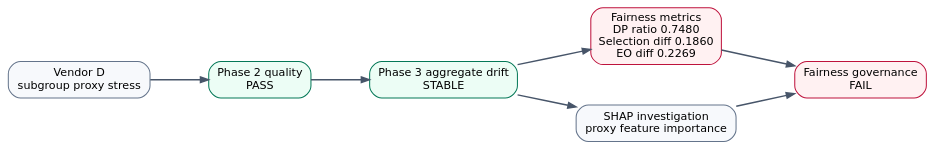
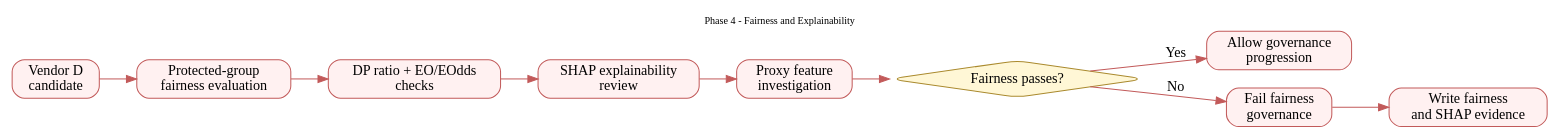
One commit to Parmodk2310/CreditScorev4-ML-Governance changed the diagram in docs/assets/diagrams/phase4-fairness-explainability.dot. Above: the diagram before and after it, drawn with Graphviz. The commit also changed 50 other files, not shown here.

Commit message:
docs: integrate complete Phase 1-13 architecture

```diff
--- a/docs/assets/diagrams/phase4-fairness-explainability.dot
+++ b/docs/assets/diagrams/phase4-fairness-explainability.dot
@@ -1,13 +1,27 @@
 digraph G {
-  graph [rankdir=LR, bgcolor="transparent", pad=0.3, nodesep=0.55, ranksep=0.8, fontname="DejaVu Sans"];
-  node [shape=box, style="rounded,filled", fillcolor="#f7f9fc", color="#64748b", fontname="DejaVu Sans", fontsize=11];
-  edge [color="#475569", penwidth=1.4, arrowsize=0.8];
-  v [label="Vendor D\nsubgroup proxy stress"];
-  q [label="Phase 2 quality\nPASS", fillcolor="#ecfdf5", color="#047857"];
-  d [label="Phase 3 aggregate drift\nSTABLE", fillcolor="#ecfdf5", color="#047857"];
-  f [label="Fairness metrics\nDP ratio 0.7480\nSelection diff 0.1860\nEO diff 0.2269", fillcolor="#fff1f2", color="#be123c"];
-  s [label="SHAP investigation\nproxy feature importance"];
-  r [label="Fairness governance\nFAIL", fillcolor="#fff1f2", color="#be123c"];
-  v -> q -> d -> f -> r;
-  d -> s -> r;
+  rankdir=LR;
+  graph [fontsize=10, labelloc=t, label="Phase 4 - Fairness and Explainability"];
+  node [shape=box, style="rounded,filled", fillcolor="#fff1f1", color="#c25a5a"];
+  edge [color="#c25a5a"];
+  A [label="Vendor D
+candidate"];
+  B [label="Protected-group
+fairness evaluation"];
+  C [label="DP ratio + EO/EOdds
+checks"];
+  D [label="SHAP explainability
+review"];
+  E [label="Proxy feature
+investigation"];
+  F [label="Fairness passes?", shape=diamond, fillcolor="#fff7d6", color="#aa8a2e"];
+  G [label="Allow governance
+progression"];
+  H [label="Fail fairness
+governance"];
+  I [label="Write fairness
+and SHAP evidence"];
+  A -> B -> C -> D -> E -> F;
+  F -> G [label="Yes"];
+  F -> H [label="No"];
+  H -> I;
 }
```
